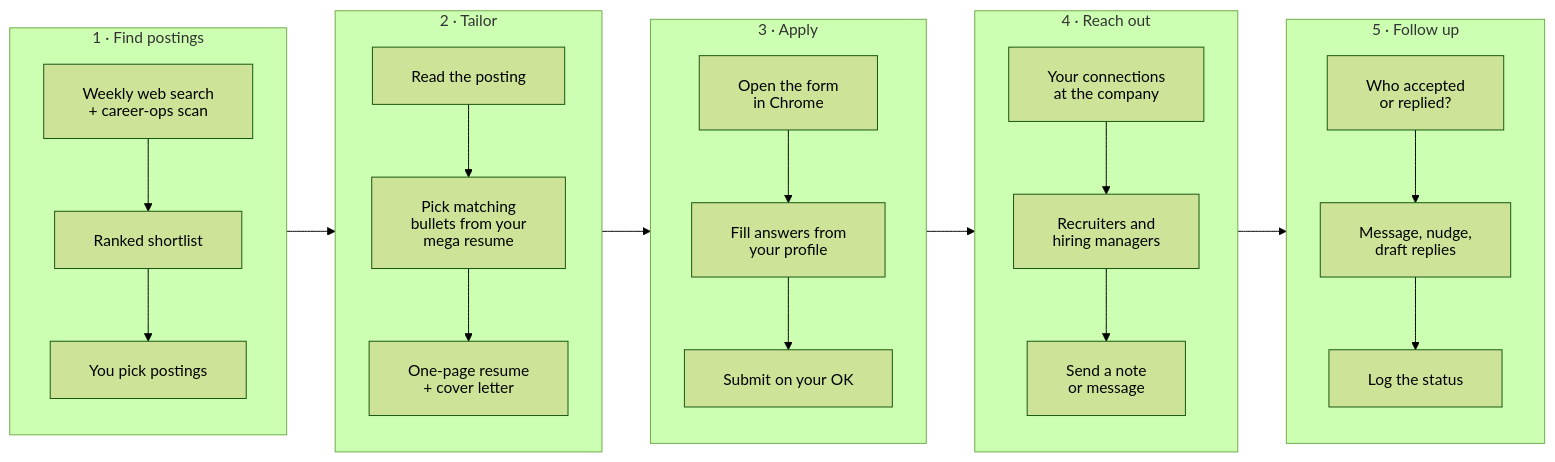
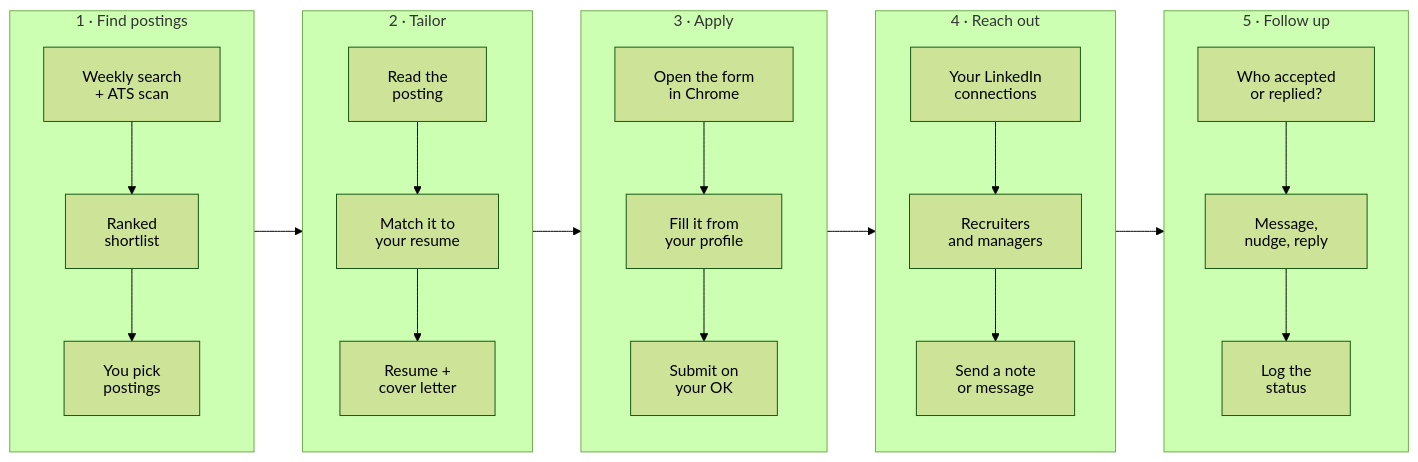
The first of 3 diagrams in README.md (alymo8/jobapps), drawn with Mermaid (forest theme) before and after one commit. The commit also changed other lines of this file, not shown here.

Commit message:
README diagrams: short label lines so GitHub doesn't re-wrap them

````diff
--- a/README.md
+++ b/README.md
@@ -11,25 +11,25 @@
 ```mermaid
-%%{init: {"htmlLabels": false, "flowchart": {"htmlLabels": false, "padding": 20, "wrappingWidth": 400}}}%%
+%%{init: {"htmlLabels": false, "flowchart": {"htmlLabels": false, "padding": 20}}}%%
 flowchart LR
     subgraph S1["1 · Find postings"]
         direction TB
-        S10["Weekly web search<br/>+ career-ops scan"] --> S11["Ranked shortlist"] --> S12["You pick postings"]
+        S10["Weekly search<br/>+ ATS scan"] --> S11["Ranked<br/>shortlist"] --> S12["You pick<br/>postings"]
     end
     subgraph S2["2 · Tailor"]
         direction TB
-        S20["Read the posting"] --> S21["Pick matching<br/>bullets from your<br/>mega resume"] --> S22["One-page resume<br/>+ cover letter"]
+        S20["Read the<br/>posting"] --> S21["Match it to<br/>your resume"] --> S22["Resume +<br/>cover letter"]
     end
     subgraph S3["3 · Apply"]
         direction TB
-        S30["Open the form<br/>in Chrome"] --> S31["Fill answers from<br/>your profile"] --> S32["Submit on your OK"]
+        S30["Open the form<br/>in Chrome"] --> S31["Fill it from<br/>your profile"] --> S32["Submit on<br/>your OK"]
     end
     subgraph S4["4 · Reach out"]
         direction TB
-        S40["Your connections<br/>at the company"] --> S41["Recruiters and<br/>hiring managers"] --> S42["Send a note<br/>or message"]
+        S40["Your LinkedIn<br/>connections"] --> S41["Recruiters<br/>and managers"] --> S42["Send a note<br/>or message"]
     end
     subgraph S5["5 · Follow up"]
         direction TB
-        S50["Who accepted<br/>or replied?"] --> S51["Message, nudge,<br/>draft replies"] --> S52["Log the status"]
+        S50["Who accepted<br/>or replied?"] --> S51["Message,<br/>nudge, reply"] --> S52["Log the<br/>status"]
     end
     S1 --> S2 --> S3 --> S4 --> S5
 ```
````
